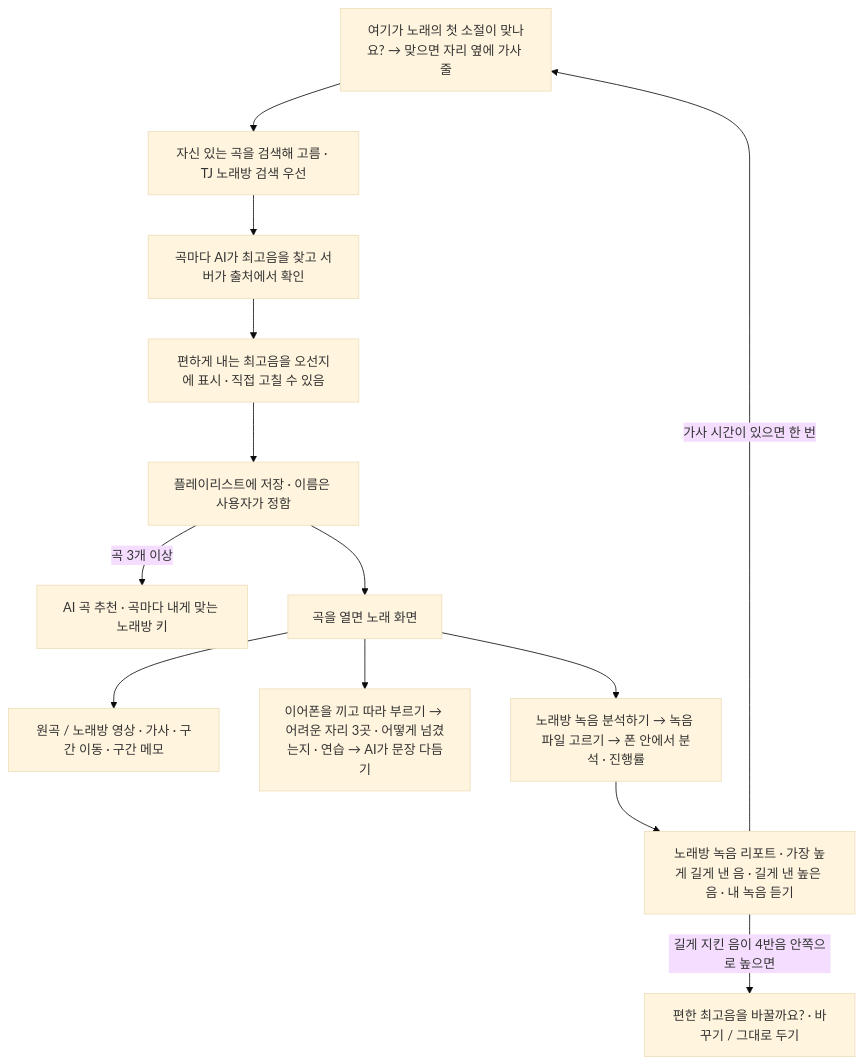
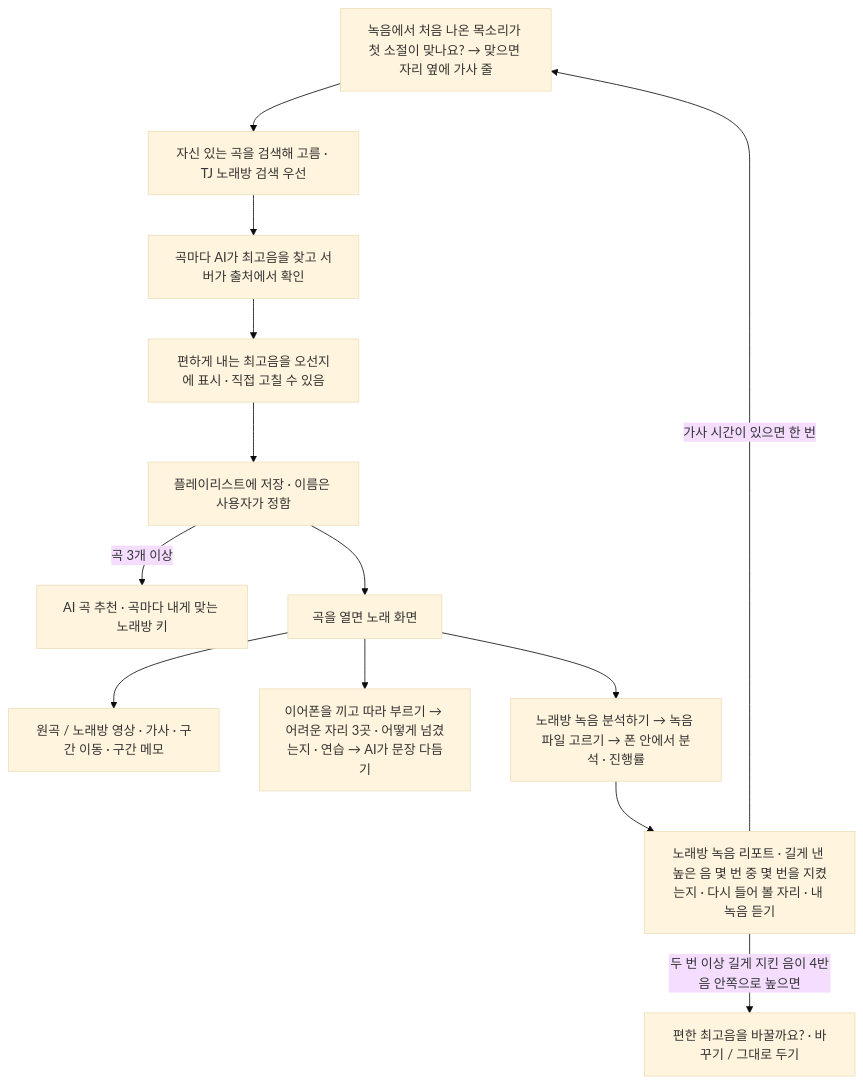
The second of 2 diagrams in docs/ui-flows.md (Yoonsung-kor/SING), drawn with Mermaid (base theme) before and after one commit. The commit also changed other lines of this file and 6 other files, not shown here.

````diff
--- a/docs/ui-flows.md
+++ b/docs/ui-flows.md
@@ -48,15 +48,15 @@
 ```mermaid
 flowchart TD
     First[뭐 부르지? 처음 들어옴] --> Pick[자신 있는 곡을 검색해 고름 · TJ 노래방 검색 우선]
     Pick --> Top[곡마다 AI가 최고음을 찾고 서버가 출처에서 확인]
     Top --> Range[편하게 내는 최고음을 오선지에 표시 · 직접 고칠 수 있음]
     Range --> List[플레이리스트에 저장 · 이름은 사용자가 정함]
     List -->|곡 3개 이상| Rec[AI 곡 추천 · 곡마다 내게 맞는 노래방 키]
     List --> Song[곡을 열면 노래 화면]
     Song --> Watch[원곡 / 노래방 영상 · 가사 · 구간 이동 · 구간 메모]
     Song --> Sing[이어폰을 끼고 따라 부르기 → 어려운 자리 3곳 · 어떻게 넘겼는지 · 연습 → AI가 문장 다듬기]
     Song --> Karaoke[노래방 녹음 분석하기 → 녹음 파일 고르기 → 폰 안에서 분석 · 진행률]
-    Karaoke --> KReport[노래방 녹음 리포트 · 가장 높게 길게 낸 음 · 길게 낸 높은 음 · 내 녹음 듣기]
-    KReport -->|가사 시간이 있으면 한 번| First[여기가 노래의 첫 소절이 맞나요? → 맞으면 자리 옆에 가사 줄]
-    KReport -->|길게 지킨 음이 4반음 안쪽으로 높으면| High[편한 최고음을 바꿀까요? · 바꾸기 / 그대로 두기]
+    Karaoke --> KReport[노래방 녹음 리포트 · 길게 낸 높은 음 몇 번 중 몇 번을 지켰는지 · 다시 들어 볼 자리 · 내 녹음 듣기]
+    KReport -->|가사 시간이 있으면 한 번| First[녹음에서 처음 나온 목소리가 첫 소절이 맞나요? → 맞으면 자리 옆에 가사 줄]
+    KReport -->|두 번 이상 길게 지킨 음이 4반음 안쪽으로 높으면| High[편한 최고음을 바꿀까요? · 바꾸기 / 그대로 두기]
 ```
````
